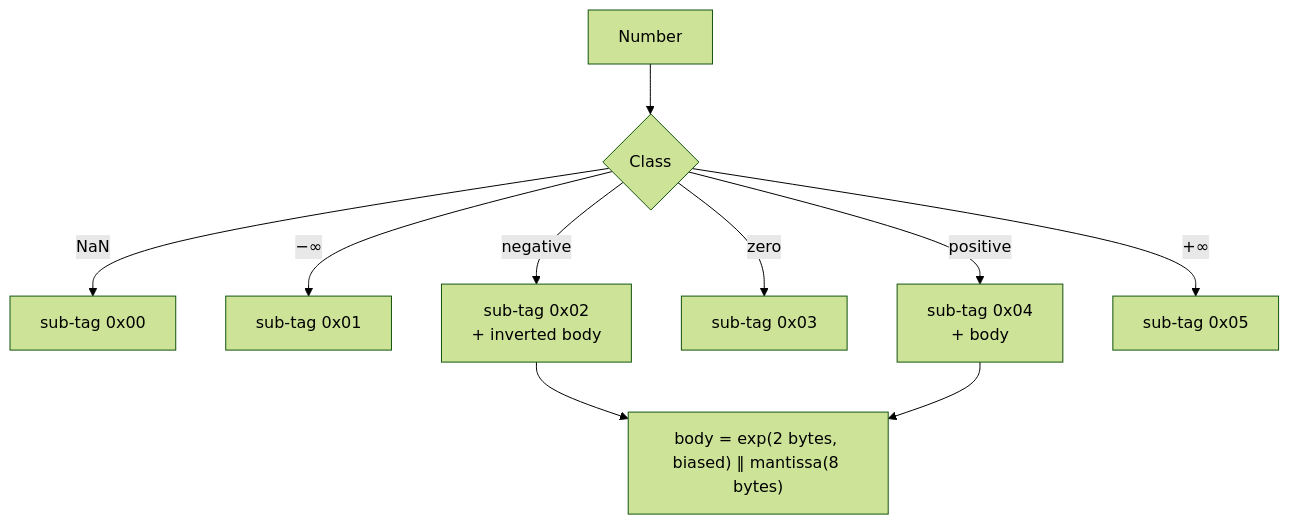
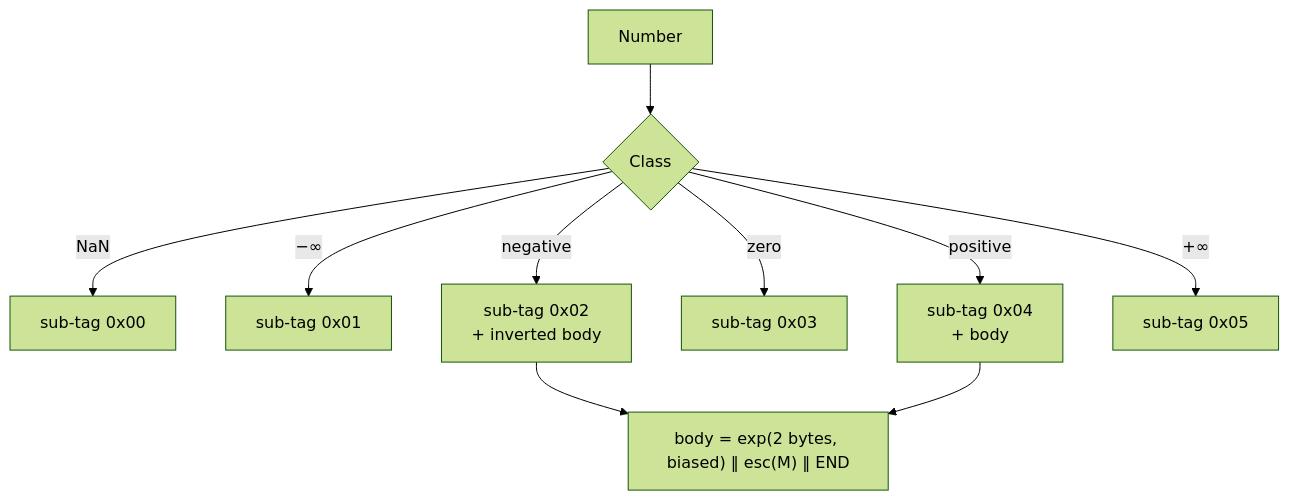
One commit to titusai-io/kimmydb changed the second of 2 diagrams in docs/key-encoding.md. Above: the diagram before and after it, drawn with Mermaid (forest theme). The commit also changed other lines of this file and 112 other files, not shown here.

````diff
--- a/docs/key-encoding.md
+++ b/docs/key-encoding.md
@@ -108,13 +118,13 @@
 ```mermaid
 graph TB
     N["Number"] --> D{"Class"}
     D -->|NaN| S0["sub-tag 0x00"]
     D -->|−∞| S1["sub-tag 0x01"]
     D -->|negative| S2["sub-tag 0x02<br/>+ inverted body"]
     D -->|zero| S3["sub-tag 0x03"]
     D -->|positive| S4["sub-tag 0x04<br/>+ body"]
     D -->|+∞| S5["sub-tag 0x05"]
 
-    S2 --> B["body = exp(2 bytes, biased) ‖ mantissa(8 bytes)"]
+    S2 --> B["body = exp(2 bytes, biased) ‖ esc(M) ‖ END"]
     S4 --> B
 ```
````
